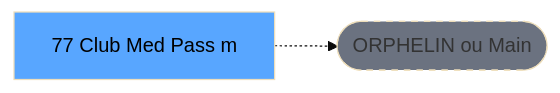
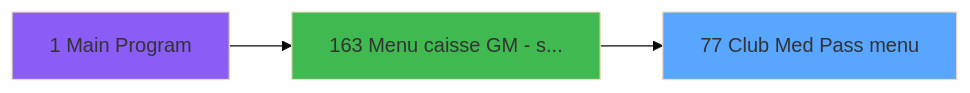
One commit to thonyAGP/magic-migration changed the third of 4 diagrams in .openspec/specs/ADH-IDE-77.md. Above: the diagram before and after it, drawn with Mermaid (base theme). The commit also changed other lines of this file and 253 other files, not shown here.

````diff
--- a/.openspec/specs/ADH-IDE-77.md
+++ b/.openspec/specs/ADH-IDE-77.md
@@ -126,8 +1994,11 @@
 ```mermaid
 graph LR
-    T[77 Club Med Pass m]
-    ORPHAN([ORPHELIN ou Main])
-    T -.-> ORPHAN
-    style T fill:#58a6ff,color:#000
-    style ORPHAN fill:#6b7280,stroke-dasharray: 5 5
+    T77[77 Club Med Pass menu]
+    style T77 fill:#58a6ff
+    CC1[1 Main Program]
+    style CC1 fill:#8b5cf6
+    CC163[163 Menu caisse GM - s...]
+    style CC163 fill:#3fb950
+    CC1 --> CC163
+    CC163 --> T77
 ```
````
